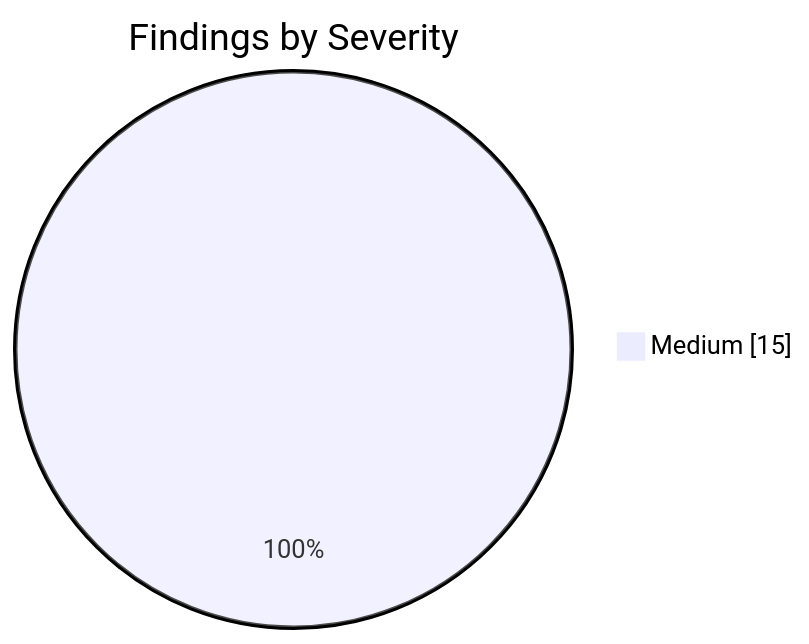
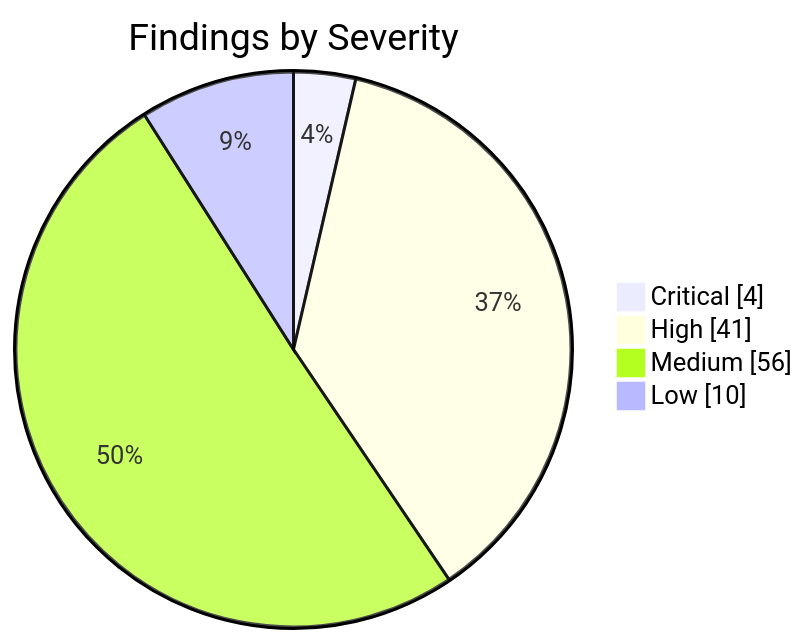
One commit to KBVE/kbve changed the first of 2 diagrams in apps/kbve/astro-kbve/src/content/docs/dashboard/security.mdx. Above: the diagram before and after it, drawn with Mermaid. The commit also changed other lines of this file and 1 other file, not shown here.

````diff
--- a/apps/kbve/astro-kbve/src/content/docs/dashboard/security.mdx
+++ b/apps/kbve/astro-kbve/src/content/docs/dashboard/security.mdx
@@ -148,5 +148,8 @@
 ```mermaid
 pie showData
     title Findings by Severity
-    "Medium" : 15
+    "Critical" : 4
+    "High" : 41
+    "Medium" : 56
+    "Low" : 10
 ```
````
